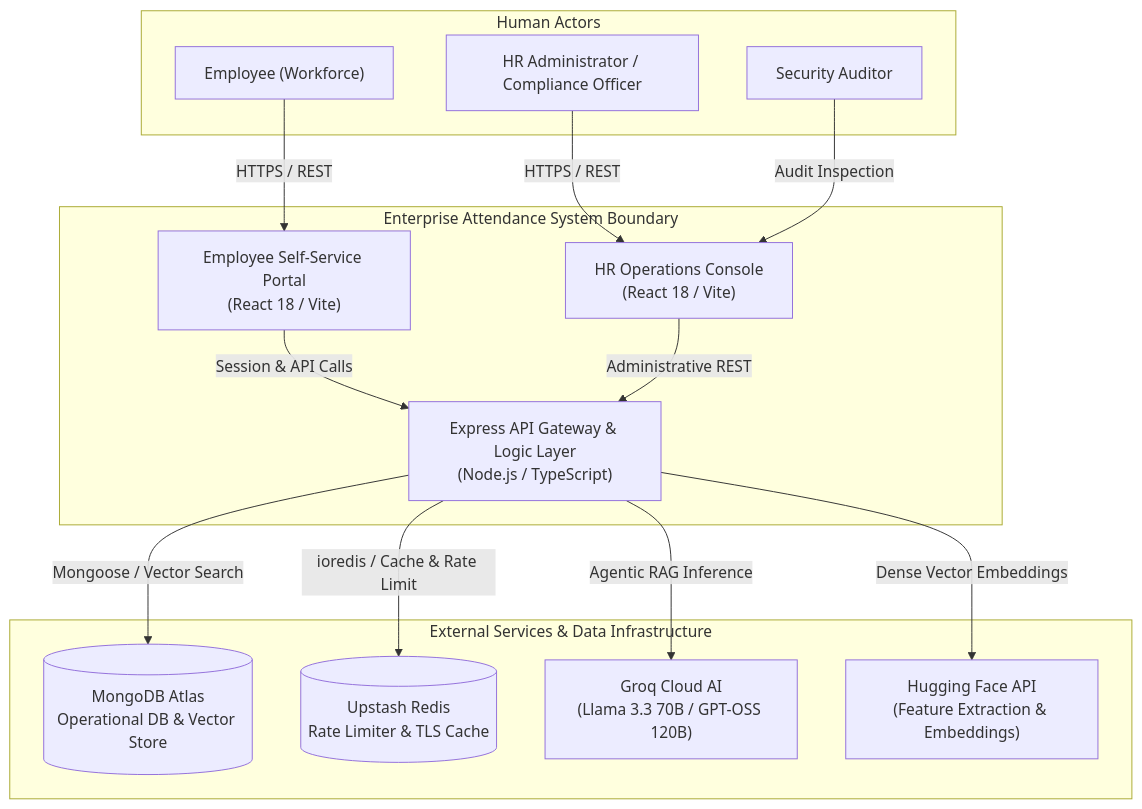
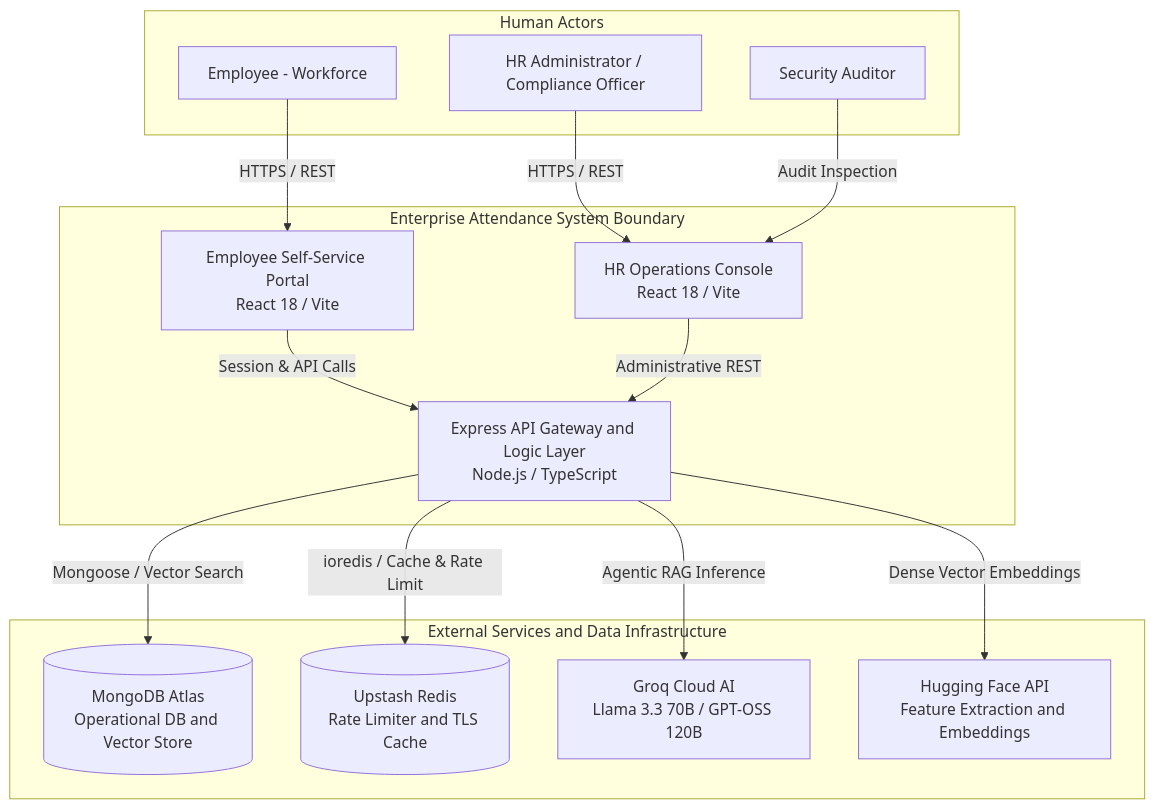
Before and after one commit to Abhiroop001/Inner-eye-attendance-system: the first of 18 diagrams in README.md, drawn with Mermaid. The commit also changed other lines of this file, not shown here.

Commit message:
docs: Sanitize Mermaid diagram subgraphs and labels for 100% GitHub markdown renderer compatibility

````diff
--- a/README.md
+++ b/README.md
@@ -61,33 +61,33 @@
 ```mermaid
 graph TB
-    subgraph PrimaryActors [Human Actors]
-        EMP["Employee (Workforce)"]
+    subgraph PrimaryActors ["Human Actors"]
+        EMP["Employee - Workforce"]
         HR["HR Administrator / Compliance Officer"]
         SEC["Security Auditor"]
     end
 
-    subgraph CoreBoundary [Enterprise Attendance System Boundary]
-        PORTAL["Employee Self-Service Portal<br/>(React 18 / Vite)"]
-        CONSOLE["HR Operations Console<br/>(React 18 / Vite)"]
-        BACKEND["Express API Gateway & Logic Layer<br/>(Node.js / TypeScript)"]
+    subgraph CoreBoundary ["Enterprise Attendance System Boundary"]
+        PORTAL["Employee Self-Service Portal<br/>React 18 / Vite"]
+        CONSOLE["HR Operations Console<br/>React 18 / Vite"]
+        BACKEND["Express API Gateway and Logic Layer<br/>Node.js / TypeScript"]
     end
 
-    subgraph ExternalSystems [External Services & Data Infrastructure]
-        MONGO[("MongoDB Atlas<br/>Operational DB & Vector Store")]
-        REDIS[("Upstash Redis<br/>Rate Limiter & TLS Cache")]
-        GROQ["Groq Cloud AI<br/>(Llama 3.3 70B / GPT-OSS 120B)"]
-        HF["Hugging Face API<br/>(Feature Extraction & Embeddings)"]
+    subgraph ExternalSystems ["External Services and Data Infrastructure"]
+        MONGO[("MongoDB Atlas<br/>Operational DB and Vector Store")]
+        REDIS[("Upstash Redis<br/>Rate Limiter and TLS Cache")]
+        GROQ["Groq Cloud AI<br/>Llama 3.3 70B / GPT-OSS 120B"]
+        HF["Hugging Face API<br/>Feature Extraction and Embeddings"]
     end
 
-    EMP -->|HTTPS / REST| PORTAL
-    HR -->|HTTPS / REST| CONSOLE
-    SEC -->|Audit Inspection| CONSOLE
+    EMP -->|"HTTPS / REST"| PORTAL
+    HR -->|"HTTPS / REST"| CONSOLE
+    SEC -->|"Audit Inspection"| CONSOLE
 
-    PORTAL -->|Session & API Calls| BACKEND
-    CONSOLE -->|Administrative REST| BACKEND
+    PORTAL -->|"Session & API Calls"| BACKEND
+    CONSOLE -->|"Administrative REST"| BACKEND
 
-    BACKEND -->|Mongoose / Vector Search| MONGO
-    BACKEND -->|ioredis / Cache & Rate Limit| REDIS
-    BACKEND -->|Agentic RAG Inference| GROQ
-    BACKEND -->|Dense Vector Embeddings| HF
+    BACKEND -->|"Mongoose / Vector Search"| MONGO
+    BACKEND -->|"ioredis / Cache & Rate Limit"| REDIS
+    BACKEND -->|"Agentic RAG Inference"| GROQ
+    BACKEND -->|"Dense Vector Embeddings"| HF
 ```
````
